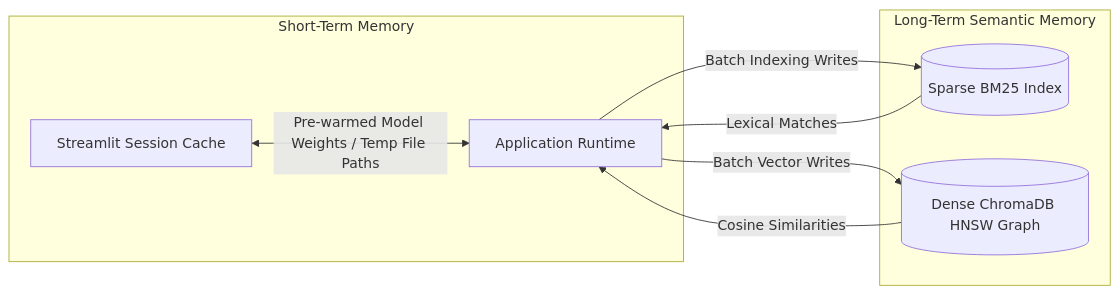
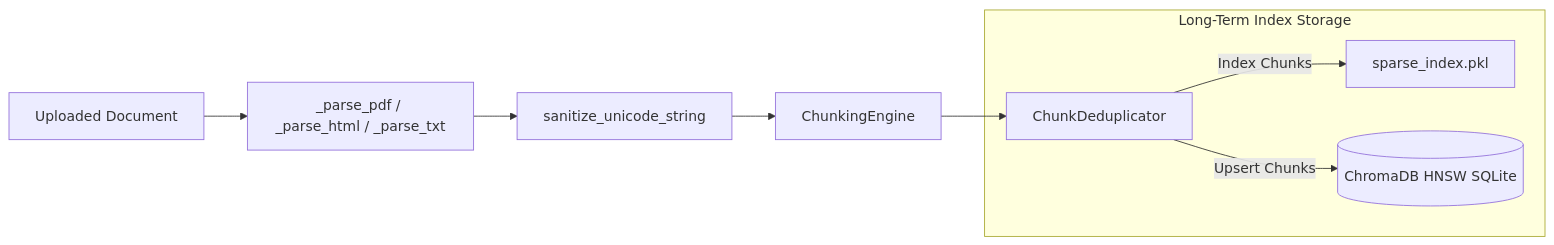
The third of 4 diagrams in README.md (suraj-78/RAG-Pipeline-with-Hybrid-Search-Over-Internal-Docs), drawn with Mermaid before and after one commit. The commit also changed other lines of this file and 18 other files, not shown here.

````diff
--- a/README.md
+++ b/README.md
@@ -113,13 +102,12 @@
 ```mermaid
 flowchart LR
-    subgraph Short-Term Memory
-        STM[Streamlit Session Cache] <-->|Pre-warmed Model Weights / Temp File Paths| App[Application Runtime]
-    end
+    File[Uploaded Document] --> Parser[_parse_pdf / _parse_html / _parse_txt]
+    Parser --> Sanitizer[sanitize_unicode_string]
+    Sanitizer --> Chunker[ChunkingEngine]
+    Chunker --> Deduplicator[ChunkDeduplicator]
     
-    subgraph Long-Term Semantic Memory
-        App -->|Batch Indexing Writes| BM25[(Sparse BM25 Index)]
-        App -->|Batch Vector Writes| Chroma[(Dense ChromaDB HNSW Graph)]
-        BM25 -->|Lexical Matches| App
-        Chroma -->|Cosine Similarities| App
+    subgraph Long-Term Index Storage
+        Deduplicator -->|Index Chunks| SparseIndex[sparse_index.pkl]
+        Deduplicator -->|Upsert Chunks| DenseIndex[(ChromaDB HNSW SQLite)]
     end
 ```
````
